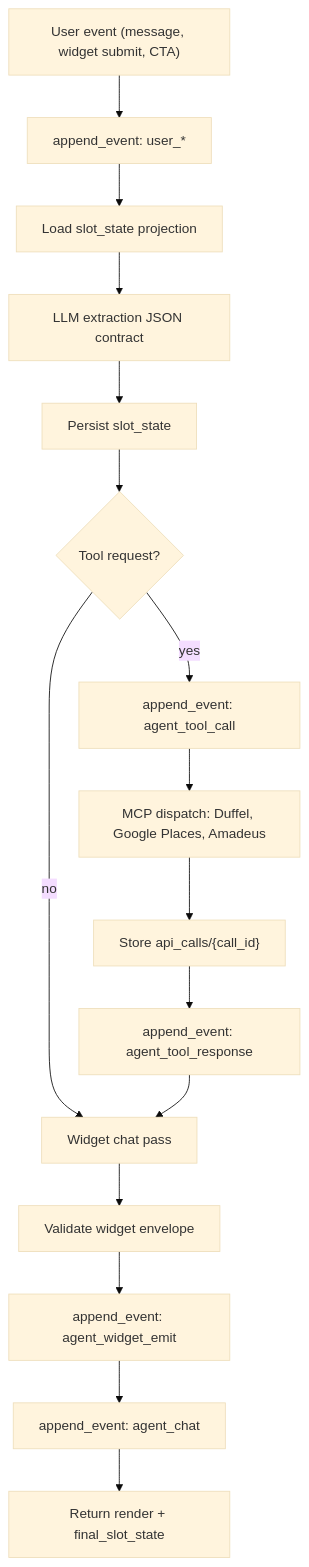
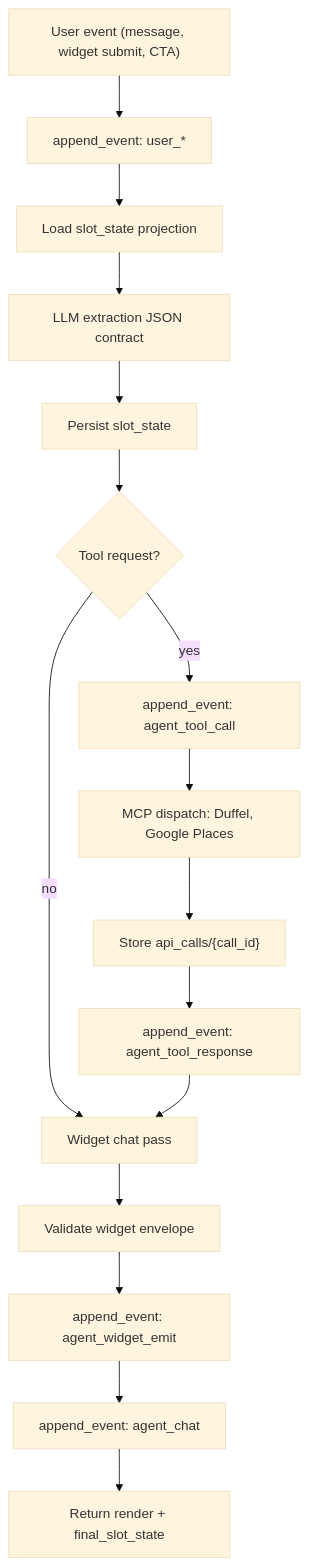
The diagram in docs/architecture/agent-design.md (noetl/travel), drawn with Mermaid (base theme) before and after one commit. The commit also changed other lines of this file and 10 other files, not shown here.

````diff
--- a/docs/architecture/agent-design.md
+++ b/docs/architecture/agent-design.md
@@ -10,18 +10,18 @@
 ```mermaid
 flowchart TD
   A["User event (message, widget submit, CTA)"] --> B["append_event: user_*"]
   B --> C["Load slot_state projection"]
   C --> D["LLM extraction JSON contract"]
   D --> E["Persist slot_state"]
   E --> F{"Tool request?"}
   F -- yes --> G["append_event: agent_tool_call"]
-  G --> H["MCP dispatch: Duffel, Google Places, Amadeus"]
+  G --> H["MCP dispatch: Duffel, Google Places"]
   H --> I["Store api_calls/{call_id}"]
   I --> J["append_event: agent_tool_response"]
   F -- no --> K["Widget chat pass"]
   J --> K
   K --> L["Validate widget envelope"]
   L --> M["append_event: agent_widget_emit"]
   M --> N["append_event: agent_chat"]
   N --> O["Return render + final_slot_state"]
 ```
````
